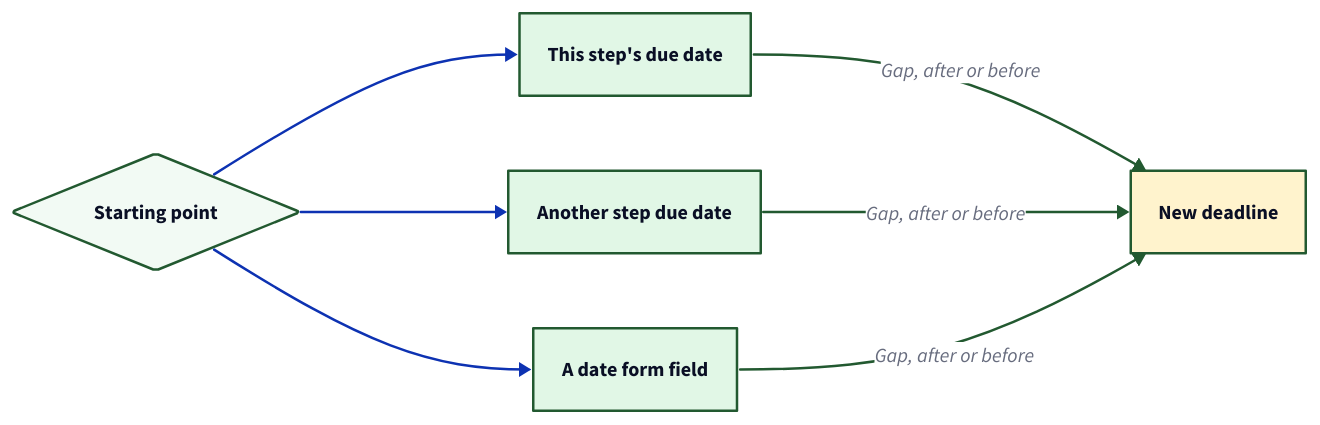
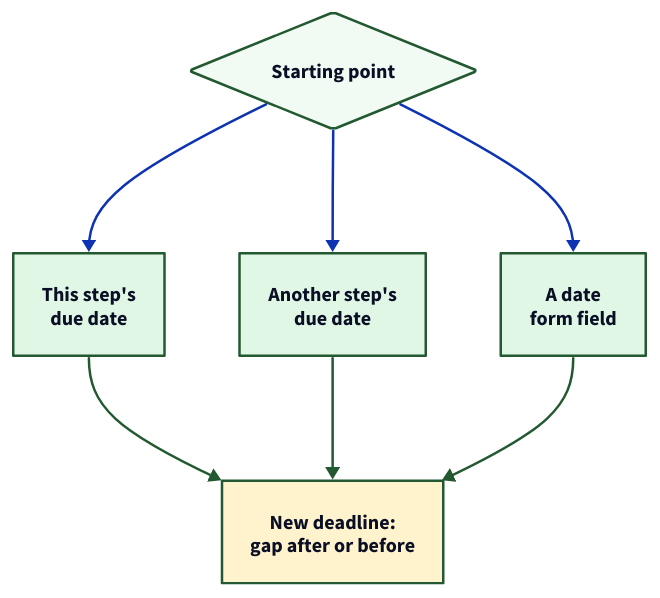
One commit to tallyfy/documentation changed the diagram in src/content/docs/pro/documenting/templates/automations/actions/deadline-actions.mdx. Above: the diagram before and after it, drawn with D2. The commit also changed 13 other files, not shown here.

First line of the commit message:
Redraw 16 diagrams on 14 pages so they read at full size

````diff
--- a/src/content/docs/pro/documenting/templates/automations/actions/deadline-actions.mdx
+++ b/src/content/docs/pro/documenting/templates/automations/actions/deadline-actions.mdx
@@ -84,47 +84,47 @@
 ```d2
 # The three starting points a deadline action can count from
-direction: right
+direction: down
 
 Base: Starting point {
   shape: diamond
   style.fill: "#f2faf4"
   style.stroke: "#225930"
 }
 
-Own: This step's due date {
+Own: "This step's\ndue date" {
   shape: rectangle
   style.fill: "#e1f7e6"
   style.stroke: "#225930"
 }
 
-Step: Another step due date {
+Step: "Another step's\ndue date" {
   shape: rectangle
   style.fill: "#e1f7e6"
   style.stroke: "#225930"
 }
 
-Field: A date form field {
+Field: "A date\nform field" {
   shape: rectangle
   style.fill: "#e1f7e6"
   style.stroke: "#225930"
 }
 
-New: New deadline {
+New: "New deadline:\ngap after or before" {
   shape: rectangle
   style.fill: "#fff3cd"
   style.stroke: "#225930"
 }
 
 Base -> Own
 Base -> Step
 Base -> Field
-Own -> New: Gap, after or before {
+Own -> New: {
   style.stroke: "#225930"
 }
-Step -> New: Gap, after or before {
+Step -> New: {
   style.stroke: "#225930"
 }
-Field -> New: Gap, after or before {
+Field -> New: {
   style.stroke: "#225930"
 }
 ```
````
